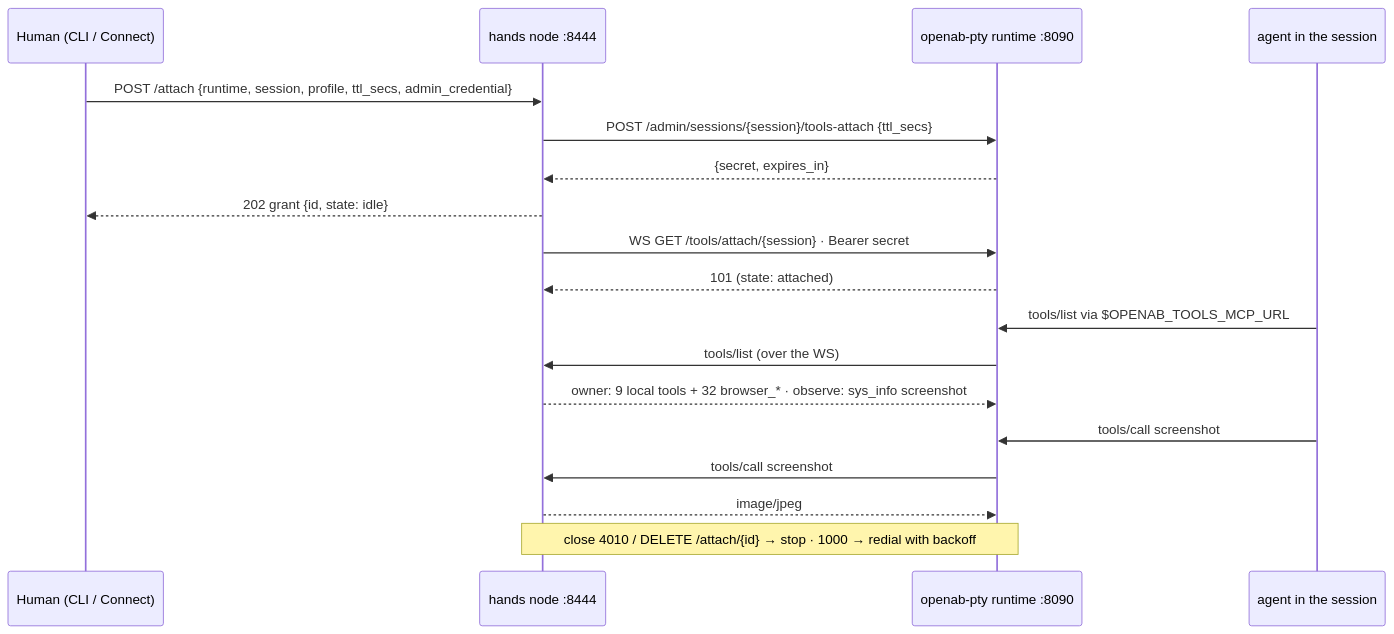
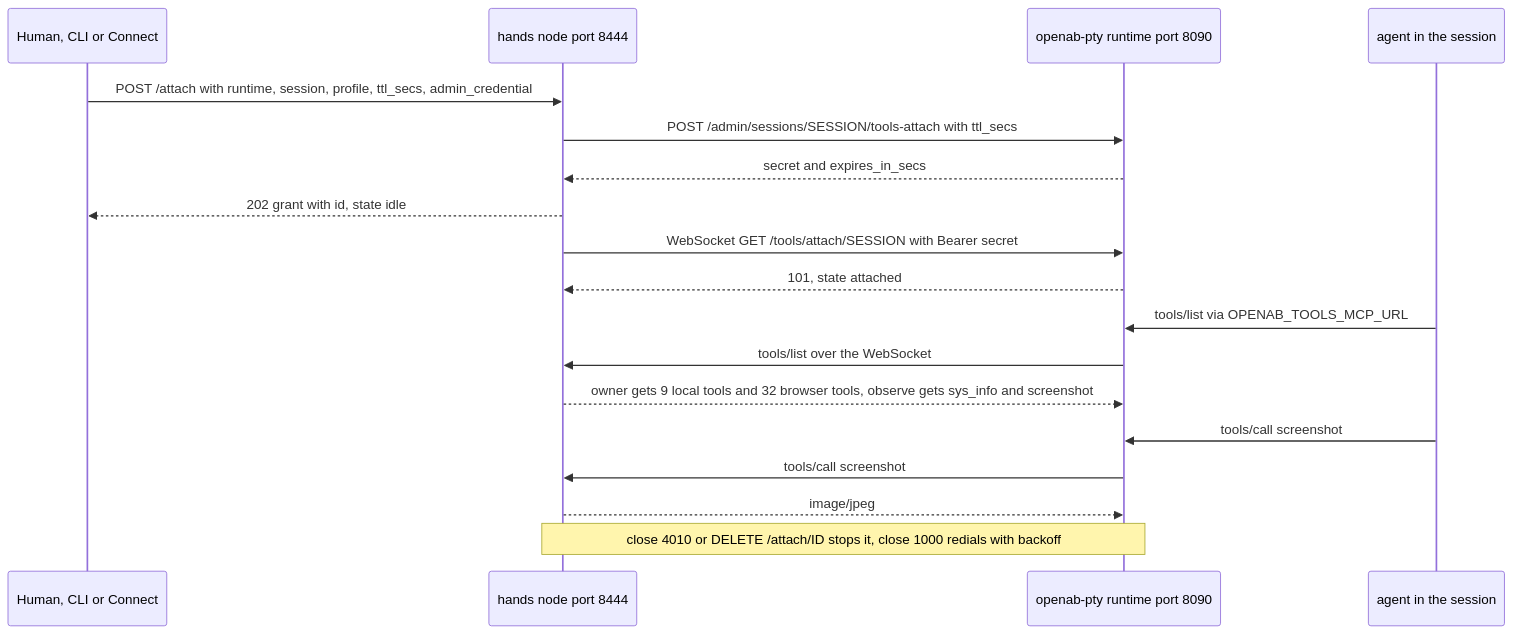
The second of 2 diagrams in docs/linux-setup.md (openabdev/openab-computer), drawn with Mermaid before and after one commit. The commit also changed other lines of this file and 15 other files, not shown here.

First line of the commit message:
docs: update for 0.12.0, upgrade guide, browser tools guide, mermaid diagrams (#134)

````diff
--- a/docs/linux-setup.md
+++ b/docs/linux-setup.md
@@ -251,20 +273,20 @@
 ```mermaid
 sequenceDiagram
-    participant H as Human (CLI / Connect)
-    participant N as hands node :8444
-    participant R as openab-pty runtime :8090
+    participant H as Human, CLI or Connect
+    participant N as hands node port 8444
+    participant R as openab-pty runtime port 8090
     participant A as agent in the session
-    H->>N: POST /attach {runtime, session, profile, ttl_secs, admin_credential}
-    N->>R: POST /admin/sessions/{session}/tools-attach {ttl_secs}
-    R-->>N: {secret, expires_in}
-    N-->>H: 202 grant {id, state: idle}
-    N->>R: WS GET /tools/attach/{session} · Bearer secret
-    R-->>N: 101 (state: attached)
-    A->>R: tools/list via $OPENAB_TOOLS_MCP_URL
-    R->>N: tools/list (over the WS)
-    N-->>R: owner: 9 local tools + 32 browser_* · observe: sys_info screenshot
+    H->>N: POST /attach with runtime, session, profile, ttl_secs, admin_credential
+    N->>R: POST /admin/sessions/SESSION/tools-attach with ttl_secs
+    R-->>N: secret and expires_in_secs
+    N-->>H: 202 grant with id, state idle
+    N->>R: WebSocket GET /tools/attach/SESSION with Bearer secret
+    R-->>N: 101, state attached
+    A->>R: tools/list via OPENAB_TOOLS_MCP_URL
+    R->>N: tools/list over the WebSocket
+    N-->>R: owner gets 9 local tools and 32 browser tools, observe gets sys_info and screenshot
     A->>R: tools/call screenshot
     R->>N: tools/call screenshot
     N-->>R: image/jpeg
-    Note over N,R: close 4010 / DELETE /attach/{id} → stop · 1000 → redial with backoff
+    Note over N,R: close 4010 or DELETE /attach/ID stops it, close 1000 redials with backoff
 ```
````
